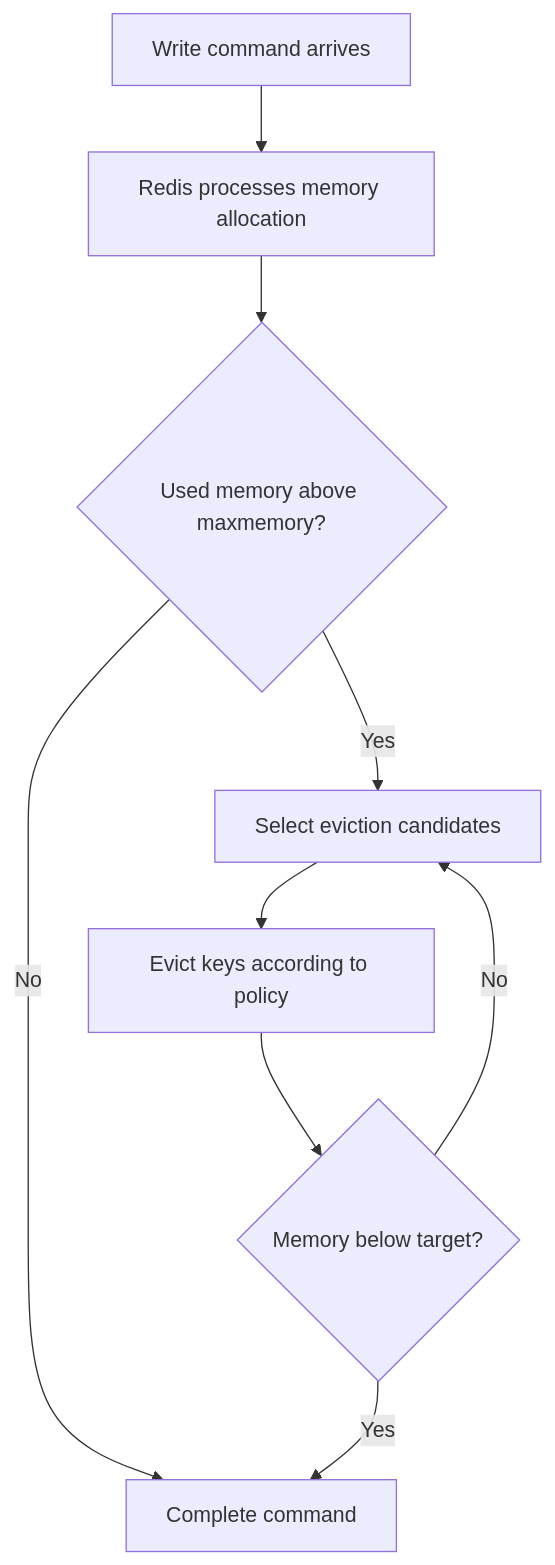
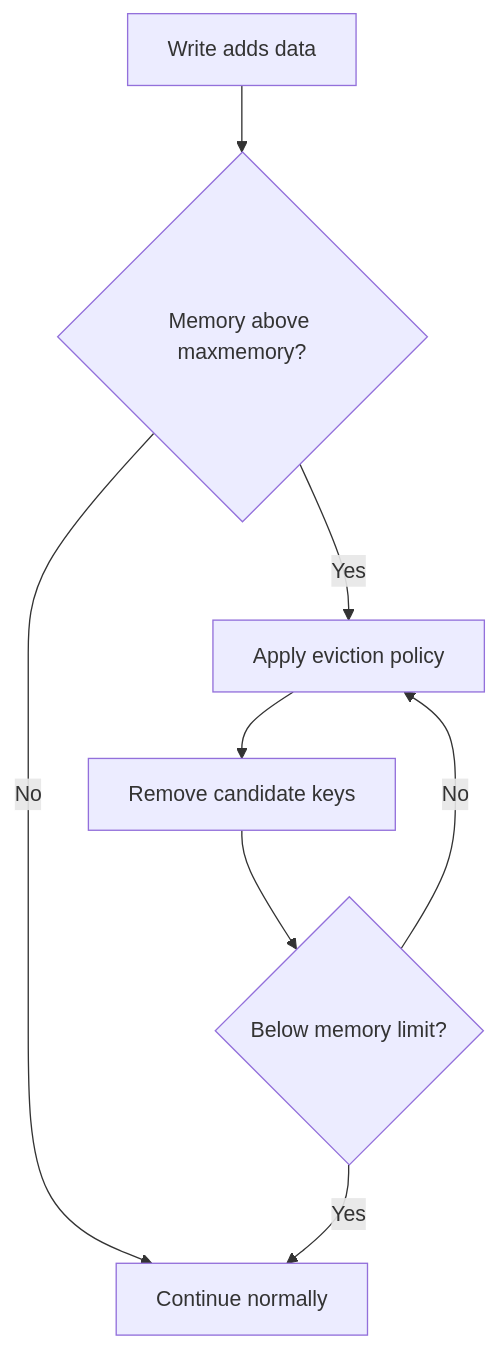
The third of 9 diagrams in src/content/caching/ttl-eviction-policies.md (AvadhBhalodiya/Interview-Preparation), drawn with Mermaid before and after one commit. The commit also changed other lines of this file and 54 other files, not shown here.

````diff
--- a/src/content/caching/ttl-eviction-policies.md
+++ b/src/content/caching/ttl-eviction-policies.md
@@ -442,11 +264,10 @@
 ```mermaid
 flowchart TD
-    A[Write command arrives] --> B[Redis processes memory allocation]
-    B --> C{Used memory above maxmemory?}
-    C -->|No| D[Complete command]
-    C -->|Yes| E[Select eviction candidates]
-    E --> F[Evict keys according to policy]
-    F --> G{Memory below target?}
-    G -->|No| E
-    G -->|Yes| D
+    A[Write adds data] --> B{Memory above maxmemory?}
+    B -->|No| C[Continue normally]
+    B -->|Yes| D[Apply eviction policy]
+    D --> E[Remove candidate keys]
+    E --> F{Below memory limit?}
+    F -->|No| D
+    F -->|Yes| C
 ```
````
